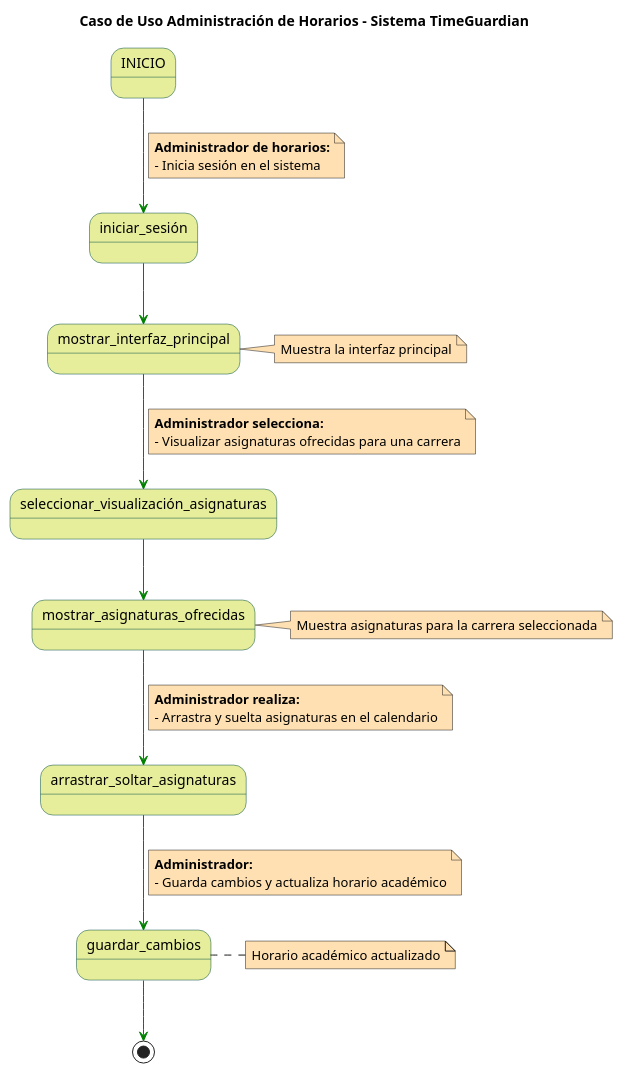
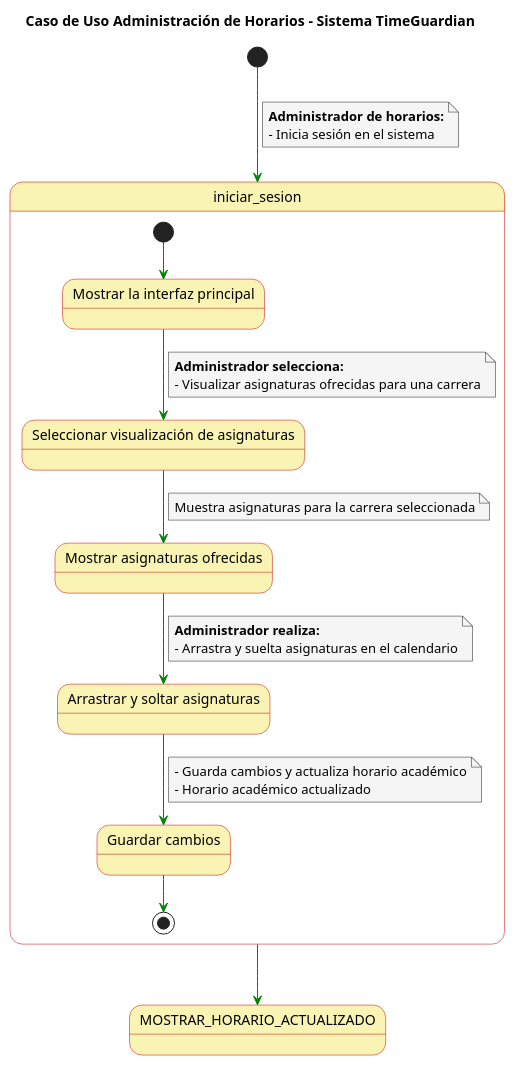
The diagram in Casos de Uso/Detalles Diagrama 1.puml (mmasias/23-24-IdSw1-SDR), drawn with PlantUML before and after one commit. The commit also changed 41 other files, not shown here.

```diff
--- a/Casos de Uso/Detalles Diagrama 1.puml
+++ b/Casos de Uso/Detalles Diagrama 1.puml
@@ -1,55 +1,54 @@
 @startuml
 
 skinparam state {
-  BackgroundColor #e6ee9c
-  BorderColor #004d40
+  BackgroundColor #faf4b4
+  BorderColor #c90000
 }
 
 skinparam note {
-  BackgroundColor #ffe0b2
+  BackgroundColor #f5f5f5
 }
 
 skinparam linetype polyline
 
 title Caso de Uso Administración de Horarios - Sistema TimeGuardian
 
-INICIO -[#green]-> iniciar_sesión
+[*] -[#green]-> iniciar_sesion
 note on link
   **Administrador de horarios:**
   - Inicia sesión en el sistema
 end note
 
-iniciar_sesión -[#green]-> mostrar_interfaz_principal
-note right of mostrar_interfaz_principal
-  Muestra la interfaz principal
-end note
+state iniciar_sesion {
+  state "Mostrar la interfaz principal" as state1
+  state "Seleccionar visualización de asignaturas" as state2
+  state "Mostrar asignaturas ofrecidas" as state3
+  state "Arrastrar y soltar asignaturas" as state4
+  state "Guardar cambios" as state5
+  
+  [*] -[#green]-> state1
+  state1 -[#green]-> state2
+  note on link
+    **Administrador selecciona:**
+    - Visualizar asignaturas ofrecidas para una carrera
+  end note
+  state2 -[#green]-> state3
+  note on link
+    Muestra asignaturas para la carrera seleccionada
+  end note
+  state3 -[#green]-> state4
+  note on link
+    **Administrador realiza:**
+    - Arrastra y suelta asignaturas en el calendario
+  end note
+  state4 -[#green]-> state5
+  note on link
+    - Guarda cambios y actualiza horario académico
+    - Horario académico actualizado
+  end note
+  state5 -[#green]-> [*]
+}
 
-mostrar_interfaz_principal -[#green]-> seleccionar_visualización_asignaturas
-note on link
-  **Administrador selecciona:**
-  - Visualizar asignaturas ofrecidas para una carrera
-end note
-
-seleccionar_visualización_asignaturas -[#green]-> mostrar_asignaturas_ofrecidas
-note right of mostrar_asignaturas_ofrecidas
-  Muestra asignaturas para la carrera seleccionada
-end note
-
-mostrar_asignaturas_ofrecidas -[#green]-> arrastrar_soltar_asignaturas
-note on link
-  **Administrador realiza:**
-  - Arrastra y suelta asignaturas en el calendario
-end note
-
-arrastrar_soltar_asignaturas -[#green]-> guardar_cambios
-note on link
-  **Administrador:**
-  - Guarda cambios y actualiza horario académico
-end note
-
-guardar_cambios -[#green]-> [*]
-note right of guardar_cambios
-  Horario académico actualizado
-end note
+iniciar_sesion -[#green]-> MOSTRAR_HORARIO_ACTUALIZADO
 
 @enduml
```
